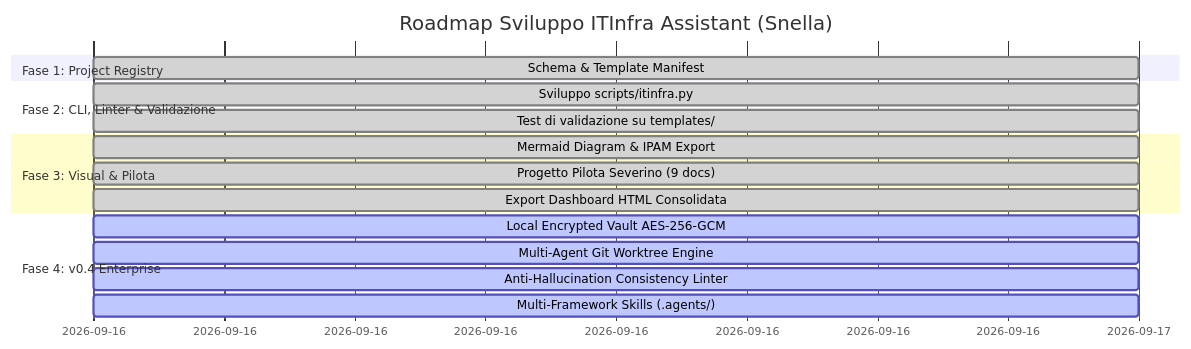
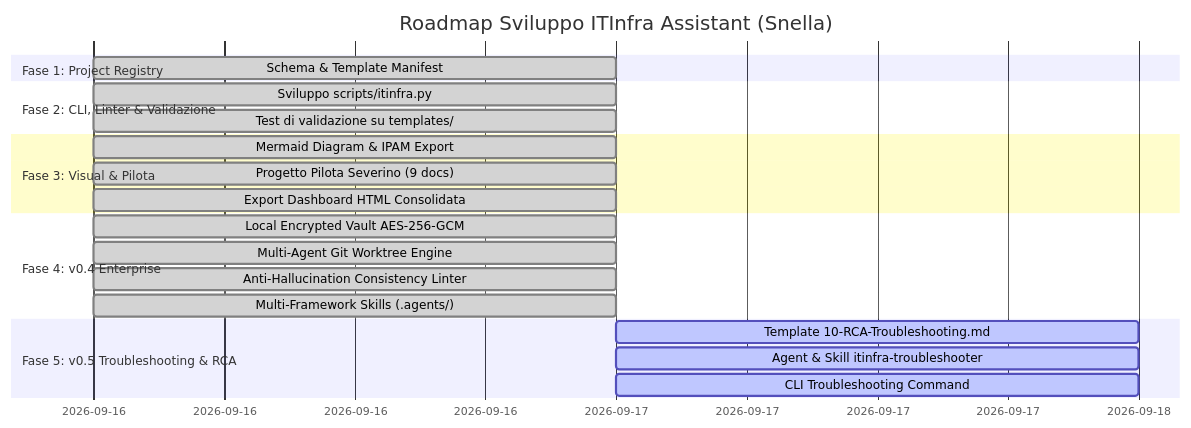
One commit to matrixNeo76/ItInfra changed the diagram in docs/02-ROADMAP-PIANO-SVILUPPO.md. Above: the diagram before and after it, drawn with Mermaid. The commit also changed other lines of this file and 1 other file, not shown here.

Commit message:
docs(roadmap): check v0.4 as completed and define strategic roadmap for v0.5 Incident Troubleshooting/RCA and v0.6 Health-Check

````diff
--- a/docs/02-ROADMAP-PIANO-SVILUPPO.md
+++ b/docs/02-ROADMAP-PIANO-SVILUPPO.md
@@ -64,19 +64,23 @@
 ```mermaid
 gantt
     title Roadmap Sviluppo ITInfra Assistant (Snella)
     dateFormat  YYYY-MM-DD
     section Fase 1: Project Registry
     Schema & Template Manifest         :done, p1, 2026-09-16, 1d
     section Fase 2: CLI, Linter & Validazione
     Sviluppo scripts/itinfra.py        :done, p2, 2026-09-16, 1d
     Test di validazione su templates/  :done, p3, 2026-09-16, 1d
     section Fase 3: Visual & Pilota
     Mermaid Diagram & IPAM Export      :done, p4, 2026-09-16, 1d
     Progetto Pilota Severino (9 docs)  :done, p5, 2026-09-16, 1d
     Export Dashboard HTML Consolidata  :done, p6, 2026-09-16, 1d
     section Fase 4: v0.4 Enterprise
-    Local Encrypted Vault AES-256-GCM  :active, p7, 2026-09-16, 1d
-    Multi-Agent Git Worktree Engine    :active, p8, 2026-09-16, 1d
-    Anti-Hallucination Consistency Linter:active, p9, 2026-09-16, 1d
-    Multi-Framework Skills (.agents/)  :active, p10, 2026-09-16, 1d
+    Local Encrypted Vault AES-256-GCM  :done, p7, 2026-09-16, 1d
+    Multi-Agent Git Worktree Engine    :done, p8, 2026-09-16, 1d
+    Anti-Hallucination Consistency Linter:done, p9, 2026-09-16, 1d
+    Multi-Framework Skills (.agents/)  :done, p10, 2026-09-16, 1d
+    section Fase 5: v0.5 Troubleshooting & RCA
+    Template 10-RCA-Troubleshooting.md :active, p11, 2026-09-17, 1d
+    Agent & Skill itinfra-troubleshooter:active, p12, 2026-09-17, 1d
+    CLI Troubleshooting Command        :active, p13, 2026-09-17, 1d
 ```
````
